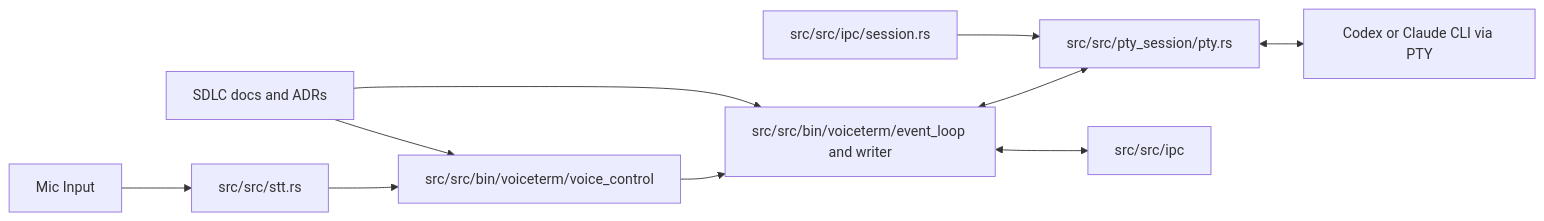
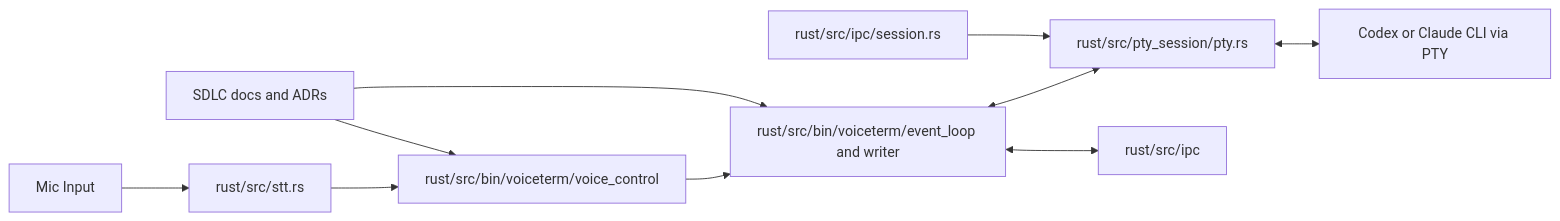
Before and after one commit to jguida941/voiceterm: the first of 5 diagrams in dev/history/ENGINEERING_EVOLUTION.md, drawn with Mermaid. The commit also changed other lines of this file and 339 other files, not shown here.

````diff
--- a/dev/history/ENGINEERING_EVOLUTION.md
+++ b/dev/history/ENGINEERING_EVOLUTION.md
@@ -1297,12 +1354,12 @@
 ```mermaid
 flowchart LR
-  MIC[Mic Input] --> STT[src/src/stt.rs]
-  STT --> VOICE[src/src/bin/voiceterm/voice_control]
-  VOICE --> HUD[src/src/bin/voiceterm/event_loop and writer]
-  HUD <--> PTY[src/src/pty_session/pty.rs]
+  MIC[Mic Input] --> STT[rust/src/stt.rs]
+  STT --> VOICE[rust/src/bin/voiceterm/voice_control]
+  VOICE --> HUD[rust/src/bin/voiceterm/event_loop and writer]
+  HUD <--> PTY[rust/src/pty_session/pty.rs]
   PTY <--> CLI[Codex or Claude CLI via PTY]
-  HUD <--> IPC[src/src/ipc]
-  IPCS[src/src/ipc/session.rs] --> PTY
+  HUD <--> IPC[rust/src/ipc]
+  IPCS[rust/src/ipc/session.rs] --> PTY
   DOCS[SDLC docs and ADRs] --> HUD
   DOCS --> VOICE
 ```
````
